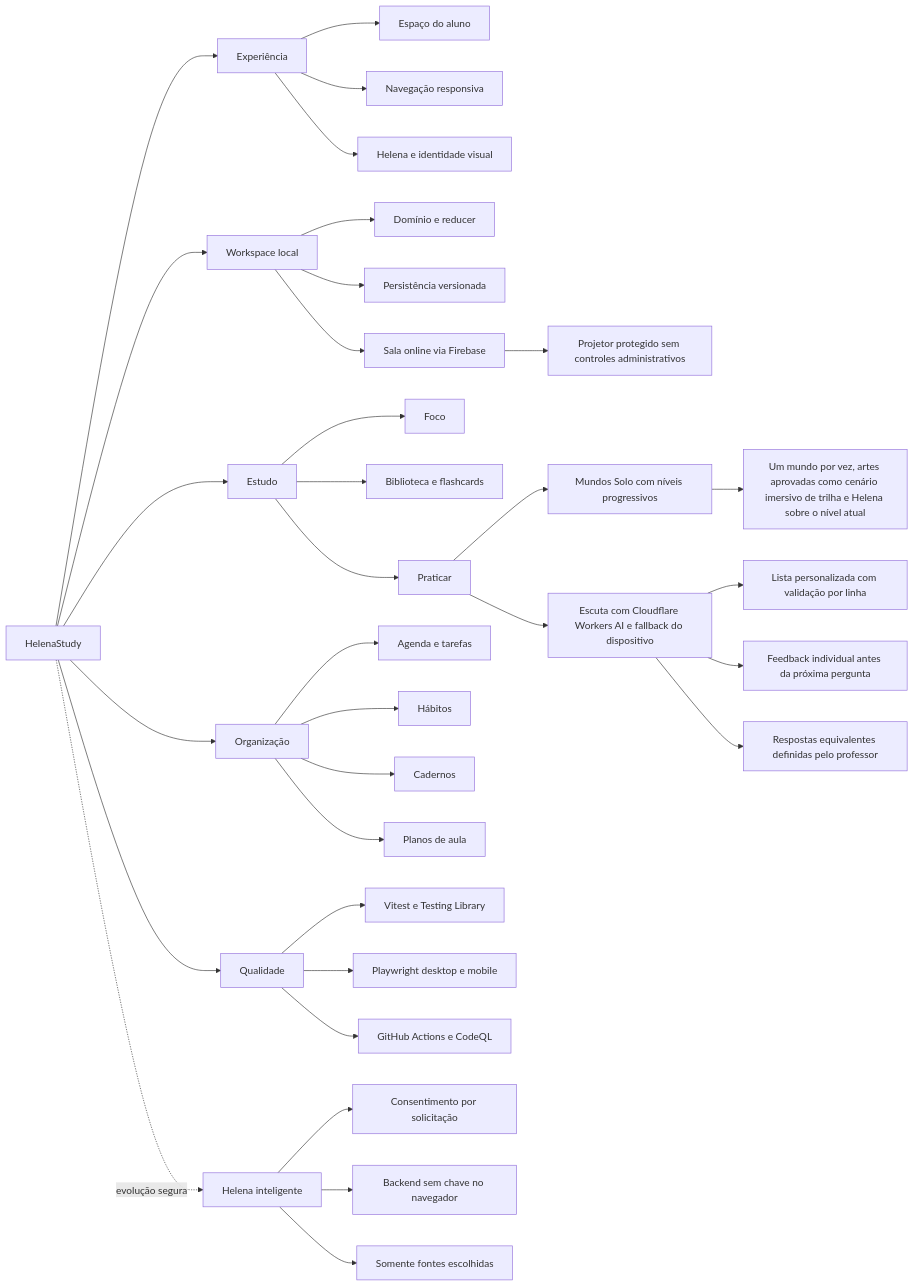
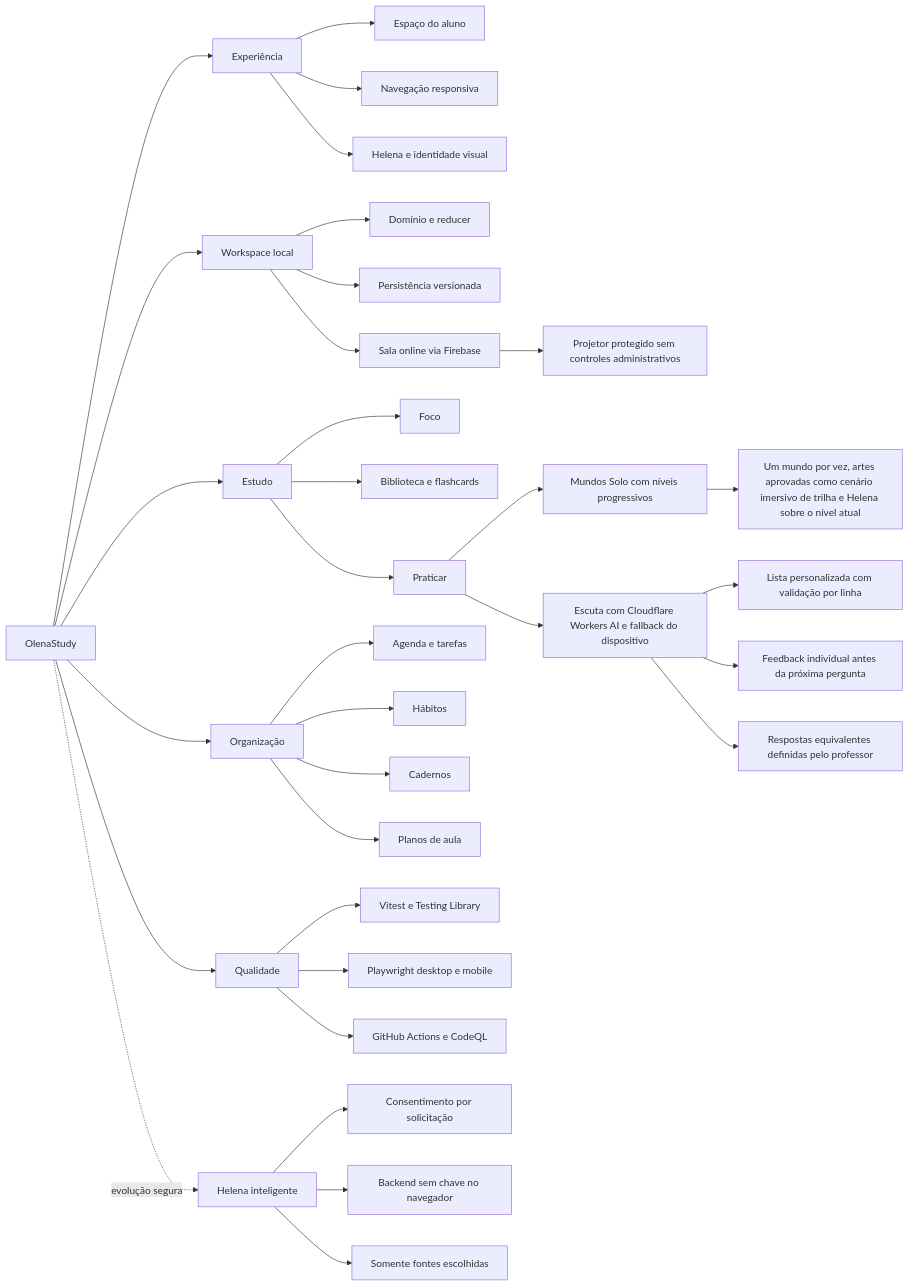
One commit to olive644/olena changed the diagram in docs/SECOND_BRAIN.md. Above: the diagram before and after it, drawn with Mermaid. The commit also changed other lines of this file and 29 other files, not shown here.

First line of the commit message:
chore(marca): renomeia OliStudy, HelenaStudy e Pepopsia para OlenaStudy

````diff
--- a/docs/SECOND_BRAIN.md
+++ b/docs/SECOND_BRAIN.md
@@ -161,41 +161,41 @@
 ```mermaid
 flowchart LR
-  HS[HelenaStudy] --> UX[Experiência]
+  HS[OlenaStudy] --> UX[Experiência]
   HS --> DATA[Workspace local]
   HS --> STUDY[Estudo]
   HS --> ORG[Organização]
   HS --> QUALITY[Qualidade]
   HS -. evolução segura .-> INTEL[Helena inteligente]
 
   UX --> TODAY[Espaço do aluno]
   UX --> NAV[Navegação responsiva]
   UX --> BRAND[Helena e identidade visual]
 
   DATA --> DOMAIN[Domínio e reducer]
   DATA --> STORAGE[Persistência versionada]
   DATA --> ROOM[Sala online via Firebase]
 
   STUDY --> FOCUS[Foco]
   STUDY --> LIB[Biblioteca e flashcards]
   STUDY --> PRACTICE[Praticar]
   PRACTICE --> WORLDS[Mundos Solo com níveis progressivos]
   WORLDS --> MOTION[Um mundo por vez, artes aprovadas como cenário imersivo de trilha e Helena sobre o nível atual]
   PRACTICE --> LISTEN[Escuta com Cloudflare Workers AI e fallback do dispositivo]
   LISTEN --> CUSTOM[Lista personalizada com validação por linha]
   LISTEN --> FEEDBACK[Feedback individual antes da próxima pergunta]
   ROOM --> PROJECTOR[Projetor protegido sem controles administrativos]
   LISTEN --> ALIASES[Respostas equivalentes definidas pelo professor]
 
   ORG --> PLAN[Agenda e tarefas]
   ORG --> HABITS[Hábitos]
   ORG --> NOTES[Cadernos]
   ORG --> LESSON[Planos de aula]
 
   QUALITY --> UNIT[Vitest e Testing Library]
   QUALITY --> E2E[Playwright desktop e mobile]
   QUALITY --> CI[GitHub Actions e CodeQL]
 
   INTEL --> CONSENT[Consentimento por solicitação]
   INTEL --> BACKEND[Backend sem chave no navegador]
   INTEL --> SOURCES[Somente fontes escolhidas]
 ```
````
